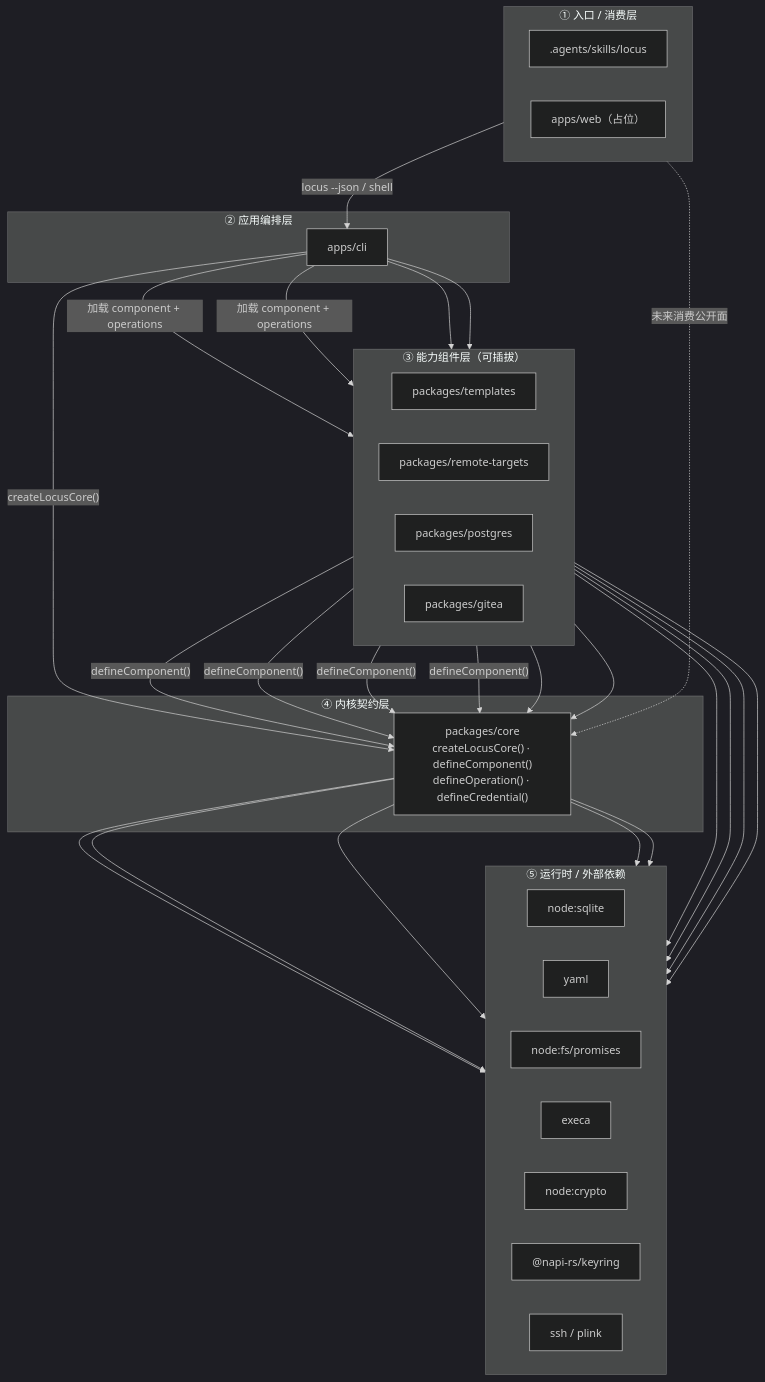
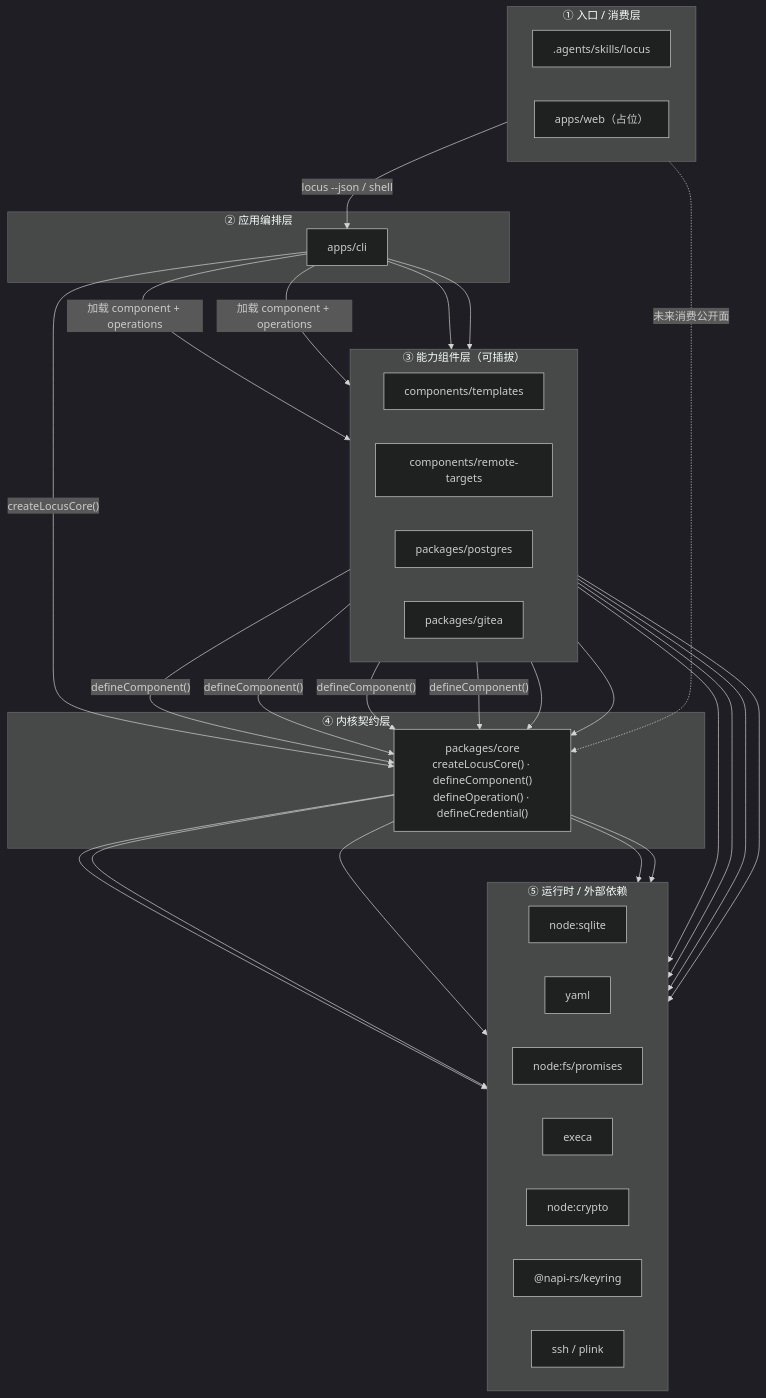
Before and after one commit to SWdrift/locus-workspace: the diagram in docs/architecture.md, drawn with Mermaid (dark theme). The commit also changed other lines of this file and 93 other files, not shown here.

````diff
--- a/docs/architecture.md
+++ b/docs/architecture.md
@@ -39,76 +43,78 @@
 ```mermaid
 flowchart TB
     subgraph L1["① 入口 / 消费层"]
         direction LR
         SKILL[".agents/skills/locus"]
         WEB["apps/web（占位）"]
     end
 
 
     subgraph L2["② 应用编排层"]
         CLI["apps/cli"]
     end
 
 
     subgraph L3["③ 能力组件层（可插拔）"]
         direction LR
-        TPL["packages/templates"]
-        RT["packages/remote-targets"]
+        TPL["components/templates"]
+
+        RT["components/remote-targets"]
+
         PG["packages/postgres"]
         GITEA["packages/gitea"]
     end
 
 
     subgraph L4["④ 内核契约层"]
         CORE["packages/core<br/>createLocusCore() · defineComponent()<br/>defineOperation() · defineCredential()"]
     end
 
 
     subgraph L5["⑤ 运行时 / 外部依赖"]
         direction LR
         SQLITE["node:sqlite"]
         YAML["yaml"]
         FS["node:fs/promises"]
         EXECA["execa"]
         NATIVE["node:crypto"]
         KEYRING["@napi-rs/keyring"]
         SSH["ssh / plink"]
     end
 
 
     SKILL -->|"locus --json / shell"| CLI
     WEB -.->|"未来消费公开面"| CORE
 
 
     CLI -->|"加载 component + operations"| TPL
     CLI -->|"加载 component + operations"| RT
     CLI --> PG
     CLI --> GITEA
     CLI -->|"createLocusCore()"| CORE
 
 
     TPL -->|"defineComponent()"| CORE
     RT -->|"defineComponent()"| CORE
     PG -->|"defineComponent()"| CORE
     GITEA -->|"defineComponent()"| CORE
 
 
     CORE --> SQLITE
     CORE --> YAML
     CORE --> EXECA
     TPL --> FS
     RT --> YAML
     RT --> EXECA
     RT --> SSH
     PG --> CORE
     GITEA --> CORE
     CORE --> NATIVE
     CORE --> KEYRING
 
 
     class SKILL,WEB entry
     class CLI app
     class TPL,RT,PG,GITEA comp
     class CORE core
     class SQLITE,YAML,FS,EXECA,SSH,NATIVE,KEYRING infra
 ```
````
